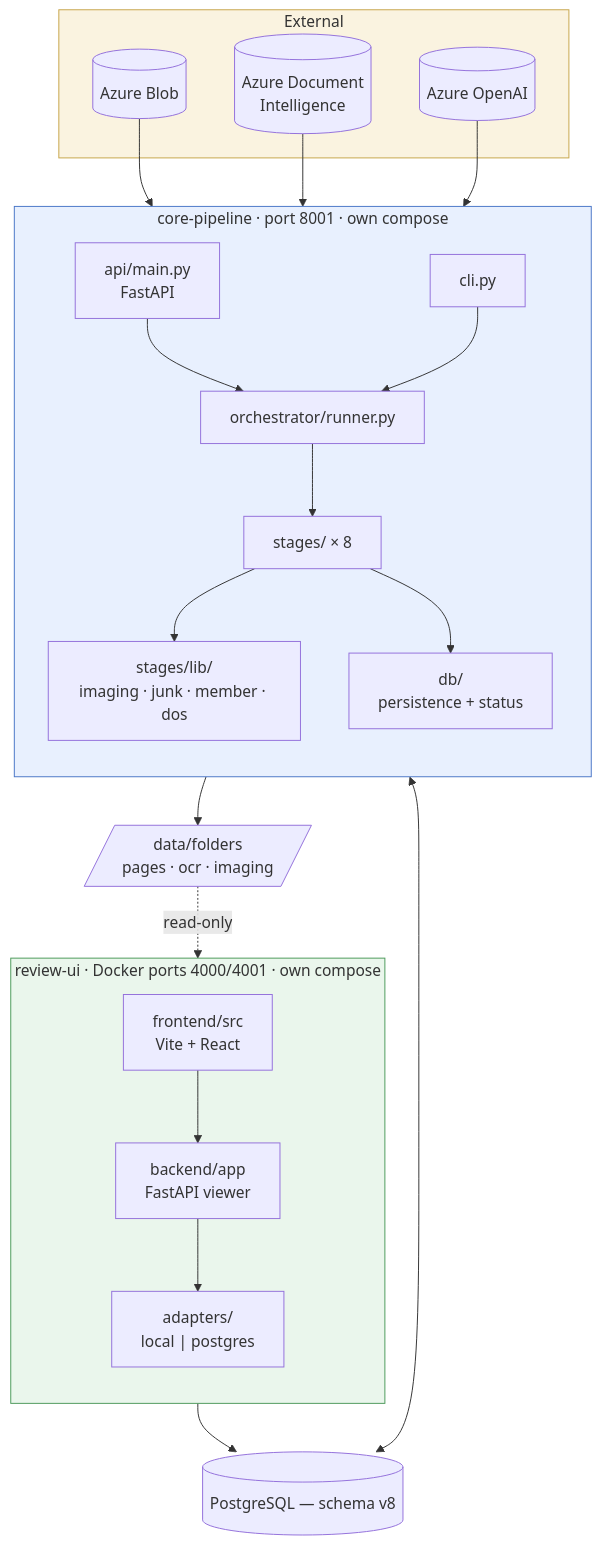
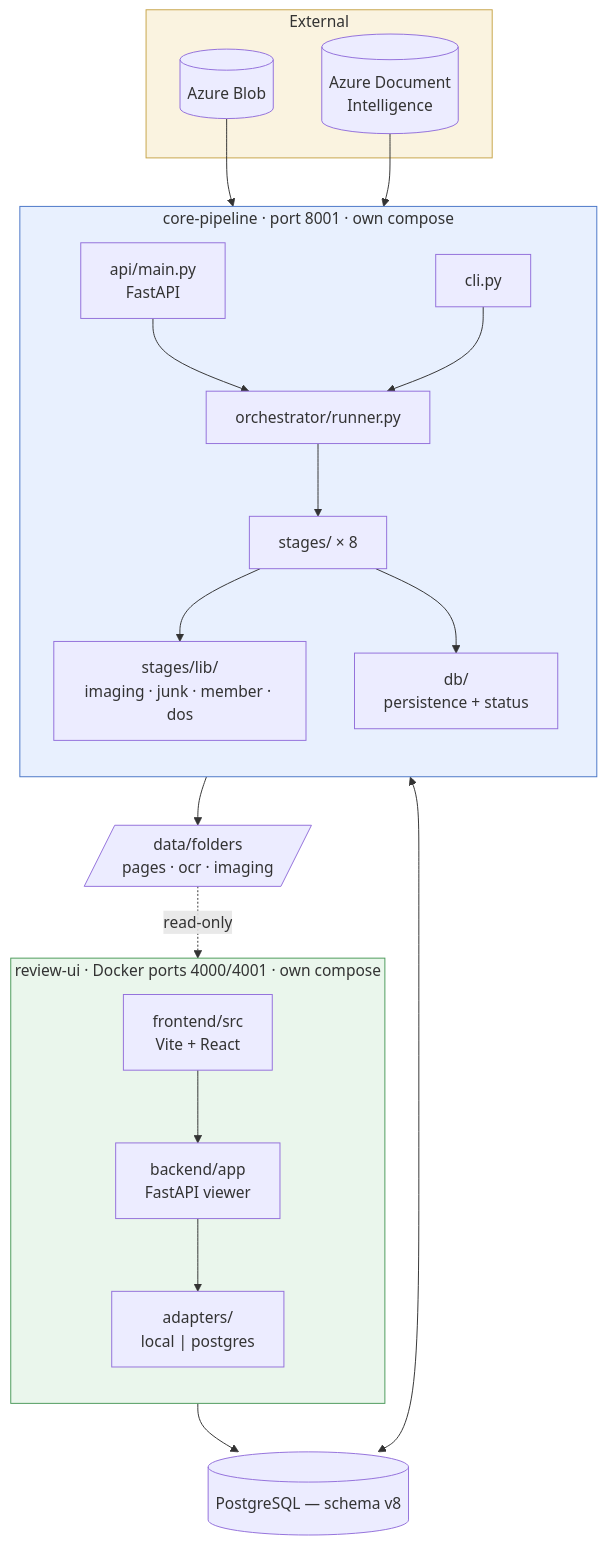
Before and after one commit to abhinavdg-ever/model-repo: the first of 2 diagrams in docs/ARCHITECTURE.md, drawn with Mermaid. The commit also changed other lines of this file and 29 other files, not shown here.

````diff
--- a/docs/ARCHITECTURE.md
+++ b/docs/ARCHITECTURE.md
@@ -27,45 +27,43 @@
 ```mermaid
 flowchart TB
   subgraph EXT["External"]
     BLOB[("Azure Blob")]
     ADI[("Azure Document<br/>Intelligence")]
-    AOAI[("Azure OpenAI")]
   end
 
   subgraph CP["core-pipeline · port 8001 · own compose"]
     direction TB
     API["api/main.py<br/>FastAPI"]
     CLI["cli.py"]
     ORCH["orchestrator/runner.py"]
     ST["stages/ × 8"]
     LIB["stages/lib/<br/>imaging · junk · member · dos"]
     DB["db/<br/>persistence + status"]
     API --> ORCH
     CLI --> ORCH
     ORCH --> ST --> LIB
     ST --> DB
   end
 
   subgraph RU["review-ui · Docker ports 4000/4001 · own compose"]
     direction TB
     RAPI["backend/app<br/>FastAPI viewer"]
     ADPT["adapters/<br/>local | postgres"]
     FE["frontend/src<br/>Vite + React"]
     FE --> RAPI --> ADPT
   end
 
   PG[("PostgreSQL — schema v8")]
   VOL[/"data/folders<br/>pages · ocr · imaging"/]
 
   BLOB --> ST
   ADI --> ST
-  AOAI --> ST
   DB <--> PG
   ST --> VOL
   ADPT --> PG
   VOL -. "read-only" .-> ADPT
 
   style CP fill:#e8f0fe,stroke:#4a76c7
   style RU fill:#eaf6ec,stroke:#4c9a5b
   style EXT fill:#faf3e0,stroke:#c7a54a
 ```
````
